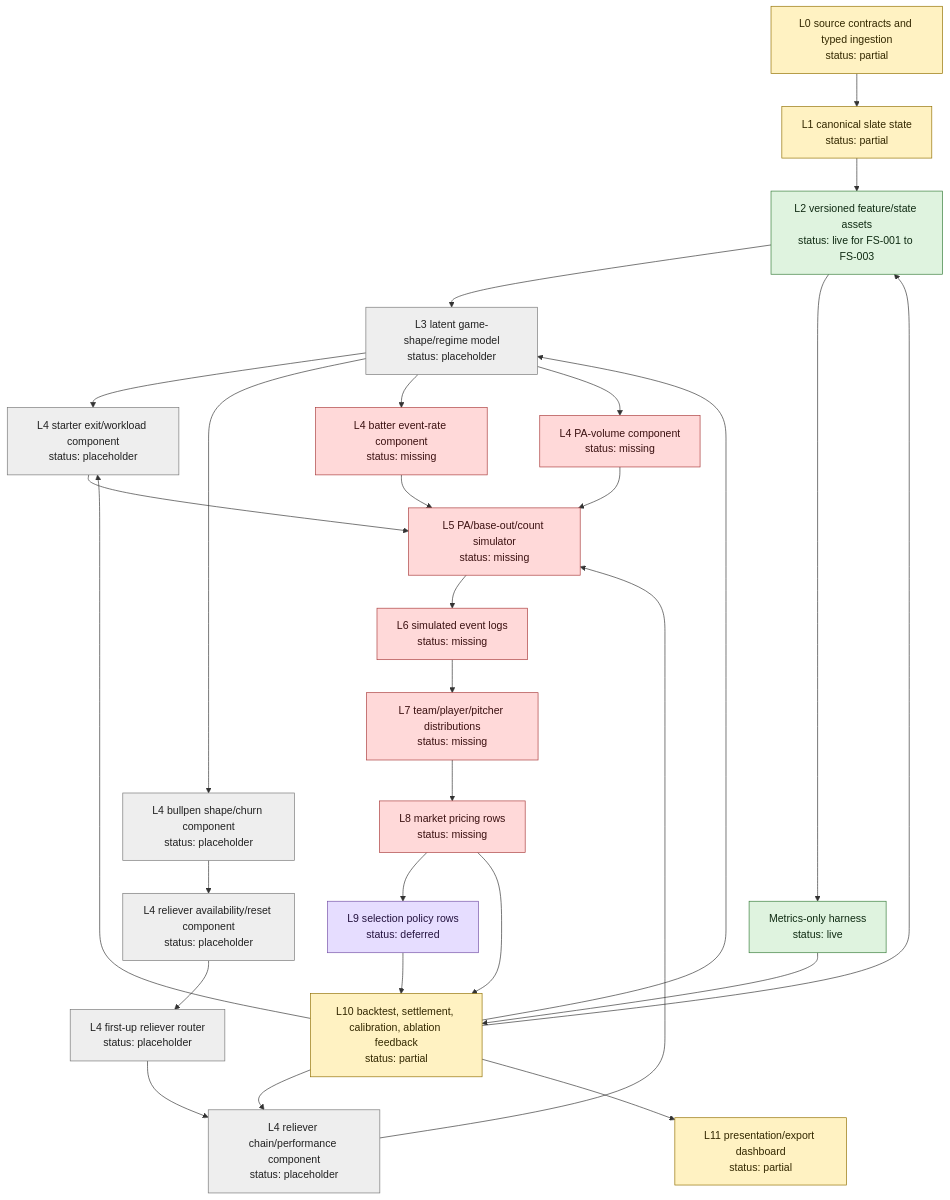
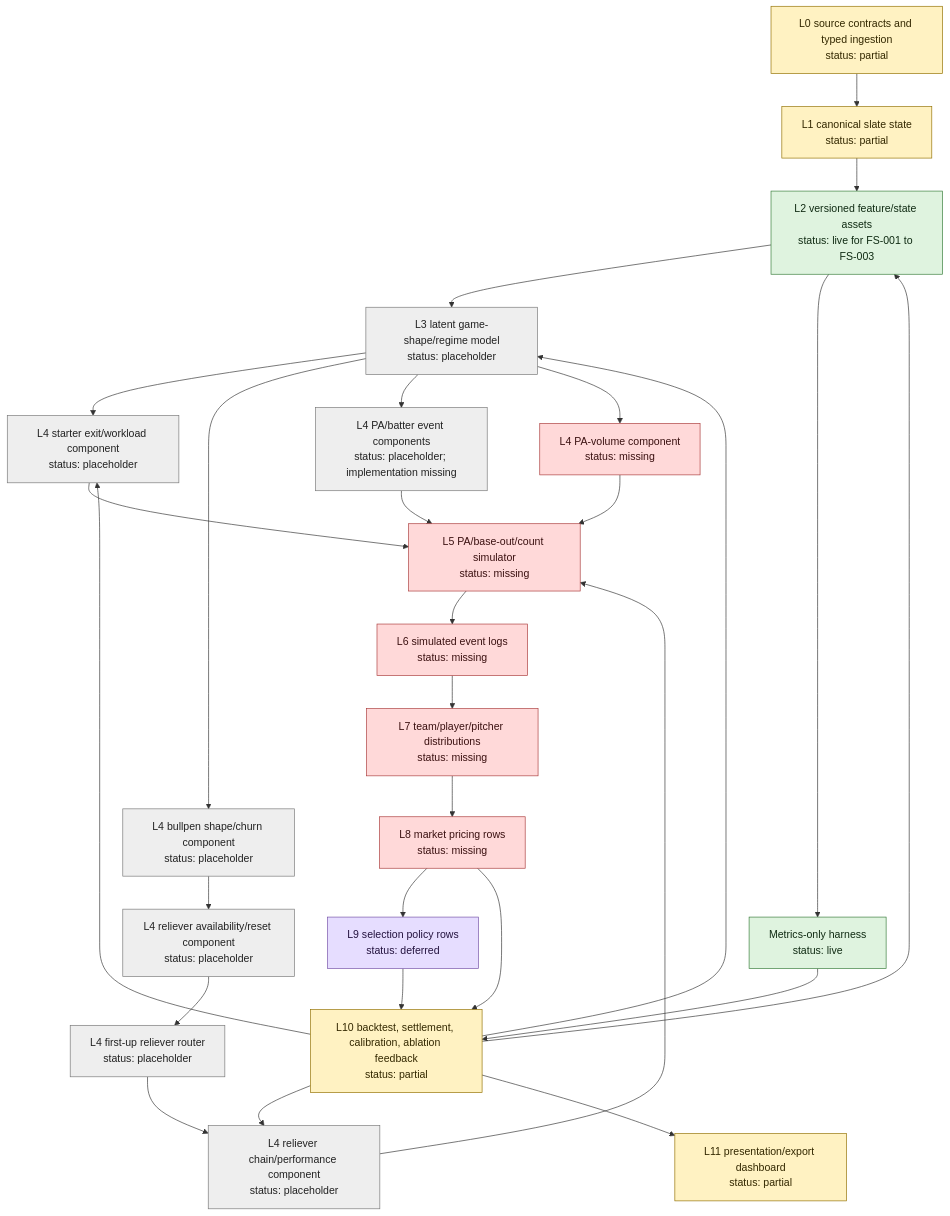
Before and after one commit to jiancchen/SlateAi: the second of 4 diagrams in run-plans/mlb/2026-06-03-mlb-m3-alpha-state-progress.md, drawn with Mermaid. The commit also changed other lines of this file, not shown here.

````diff
--- a/run-plans/mlb/2026-06-03-mlb-m3-alpha-state-progress.md
+++ b/run-plans/mlb/2026-06-03-mlb-m3-alpha-state-progress.md
@@ -60,44 +77,44 @@
 ```mermaid
 flowchart TD
   L0["L0 source contracts and typed ingestion<br/>status: partial"] --> L1["L1 canonical slate state<br/>status: partial"]
   L1 --> L2["L2 versioned feature/state assets<br/>status: live for FS-001 to FS-003"]
   L2 --> L3["L3 latent game-shape/regime model<br/>status: placeholder"]
   L3 --> L4A["L4 starter exit/workload component<br/>status: placeholder"]
   L3 --> L4B["L4 bullpen shape/churn component<br/>status: placeholder"]
   L4B --> L4C["L4 reliever availability/reset component<br/>status: placeholder"]
   L4C --> L4D["L4 first-up reliever router<br/>status: placeholder"]
   L4D --> L4E["L4 reliever chain/performance component<br/>status: placeholder"]
-  L3 --> L4F["L4 batter event-rate component<br/>status: missing"]
+  L3 --> L4F["L4 PA/batter event components<br/>status: placeholder; implementation missing"]
   L3 --> L4G["L4 PA-volume component<br/>status: missing"]
 
   L4A --> L5["L5 PA/base-out/count simulator<br/>status: missing"]
   L4E --> L5
   L4F --> L5
   L4G --> L5
   L5 --> L6["L6 simulated event logs<br/>status: missing"]
   L6 --> L7["L7 team/player/pitcher distributions<br/>status: missing"]
   L7 --> L8["L8 market pricing rows<br/>status: missing"]
   L8 --> L9["L9 selection policy rows<br/>status: deferred"]
   L8 --> L10["L10 backtest, settlement, calibration, ablation feedback<br/>status: partial"]
   L9 --> L10
   L10 --> L2
   L10 --> L3
   L10 --> L4A
   L10 --> L4E
   L10 --> L11["L11 presentation/export dashboard<br/>status: partial"]
 
   L2 --> H["Metrics-only harness<br/>status: live"]
   H --> L10
 
   classDef live fill:#dff3df,stroke:#367c39,color:#102b13;
   classDef partial fill:#fff2c2,stroke:#927000,color:#332800;
   classDef placeholder fill:#eeeeee,stroke:#777777,color:#222222;
   classDef missing fill:#ffd9d9,stroke:#aa3b3b,color:#3b1111;
   classDef deferred fill:#e6ddff,stroke:#7451a6,color:#24133f;
 
   class L2,H live;
   class L0,L1,L10,L11 partial;
-  class L3,L4A,L4B,L4C,L4D,L4E placeholder;
-  class L4F,L4G,L5,L6,L7,L8 missing;
+  class L3,L4A,L4B,L4C,L4D,L4E,L4F placeholder;
+  class L4G,L5,L6,L7,L8 missing;
   class L9 deferred;
 ```
````
